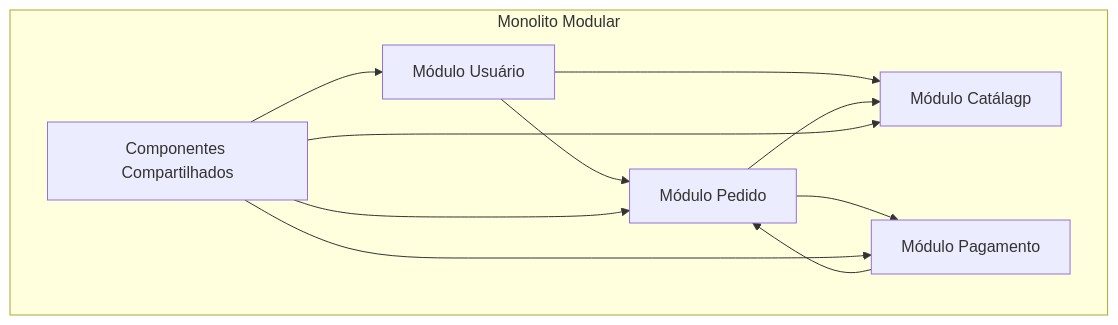
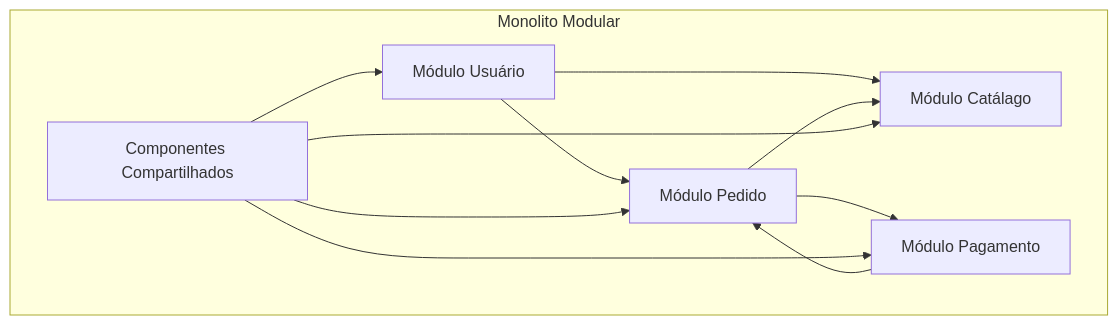
One commit to FIAP-SOAT-TECH-TEAM/foodcore-api changed the second of 9 diagrams in README.md. Above: the diagram before and after it, drawn with Mermaid.

````diff
--- a/README.md
+++ b/README.md
@@ -89,21 +89,21 @@
 ```mermaid
 graph TD
     subgraph "Monolito Modular"
         USER[Módulo Usuário]
         ORDER[Módulo Pedido]
-        CATÁLOGO[Módulo Catálagp]
+        CATÁLOGO[Módulo Catálago]
         PAYMENT[Módulo Pagamento]
         SHARED[Componentes Compartilhados]
 
         USER --> CATÁLOGO
         USER --> ORDER
         ORDER --> CATÁLOGO
         ORDER --> PAYMENT
         PAYMENT --> ORDER
 
         SHARED --> ORDER
         SHARED --> USER
         SHARED --> CATÁLOGO
         SHARED --> PAYMENT
     end
 ```
````
